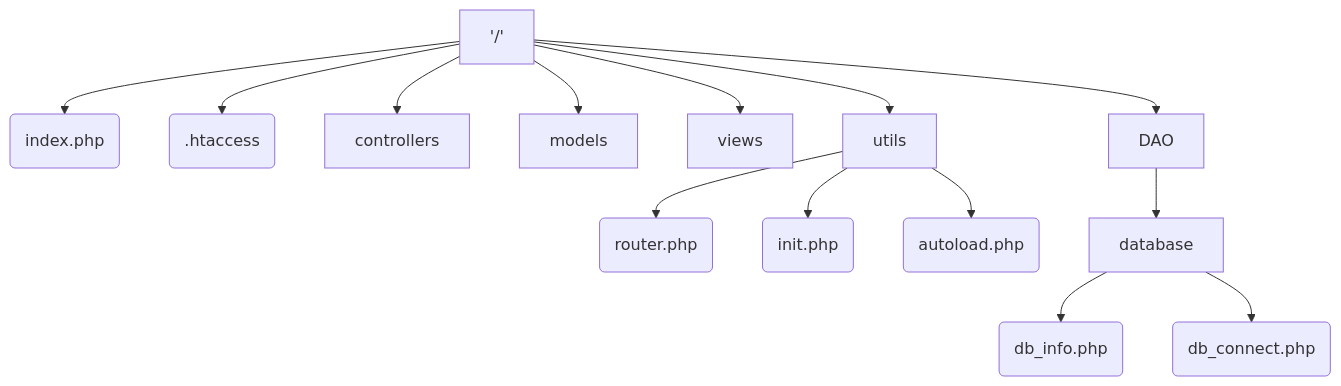
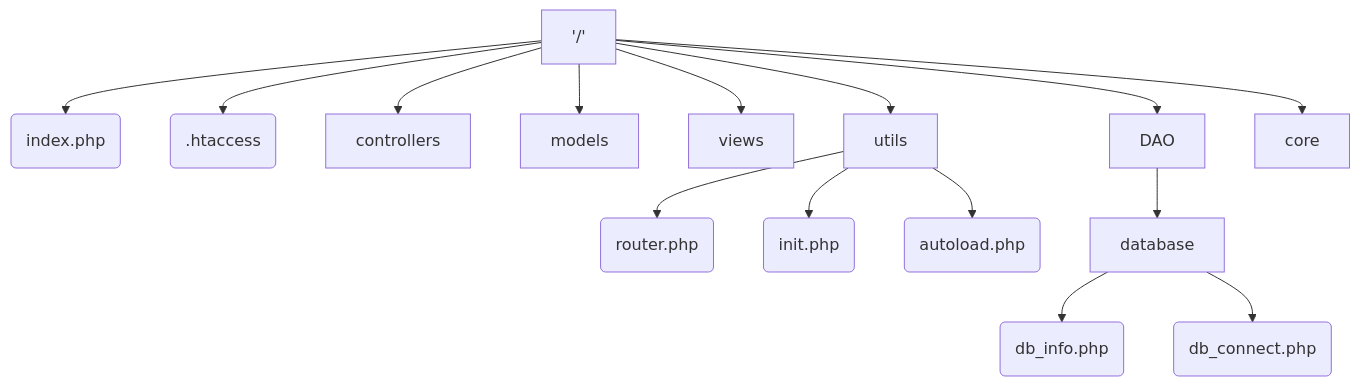
Before and after one commit to MogwaiRGod/Societe_ferroviaire: the diagram in README.md, drawn with Mermaid. The commit also changed 1 other file, not shown here.

Commit message:
update archi

````diff
--- a/README.md
+++ b/README.md
@@ -3,20 +3,21 @@
 ```mermaid
 graph TD;
   0['/'];
     0-->A(index.php);
     0-->B(.htaccess);
     
     0-->C[controllers];
     0-->D[models];
     0-->E[views];
     0-->F[utils];
     0-->G[DAO];
+    0-->N[core];
 
     F-->H(router.php);
     F-->I(init.php);
     F-->J(autoload.php);
   
     G-->K[database];
       K-->L(db_info.php);
       K-->M(db_connect.php);
 ```
````
